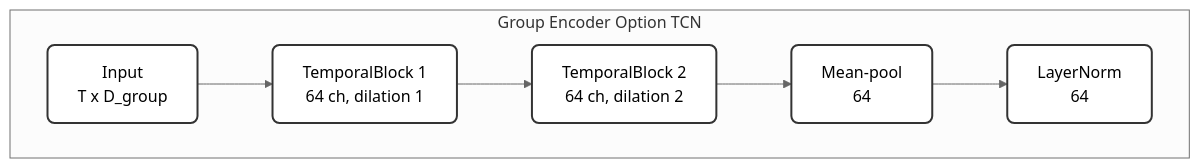
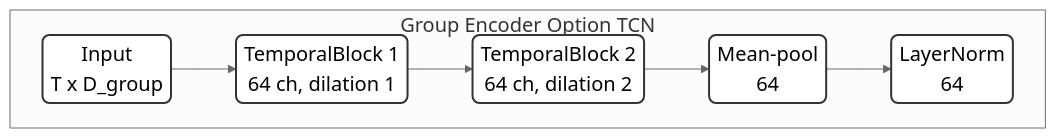
One commit to hoa2004st/CNN-in-CMOSE changed the tenth of 12 diagrams in documents/thesis/diagrams_mermaid.md. Above: the diagram before and after it, drawn with Mermaid. The commit also changed other lines of this file and 29 other files, not shown here.

Commit message:
re-draw diagram, remove line wrap

````diff
--- a/documents/thesis/diagrams_mermaid.md
+++ b/documents/thesis/diagrams_mermaid.md
@@ -220,15 +299,21 @@
 ```mermaid
 ---
 config:
   theme: neutral
+  themeVariables:
+    fontSize: 20px
+  flowchart:
+    padding: 4
+    nodeSpacing: 30
+    rankSpacing: 40
 ---
 flowchart LR
     subgraph ENC["Group Encoder Option TCN"]
     direction LR
         a1["Input\nT x D_group"] --> a2["TemporalBlock 1\n64 ch, dilation 1"]
         a2 --> a3["TemporalBlock 2\n64 ch, dilation 2"]
         a3 --> a4["Mean-pool\n64"]
         a4 --> a5["LayerNorm\n64"]
         classDef default fill:#ffffff,stroke:#333,stroke-width:2px,rx:7px,ry:7px
     end
 ```
````
